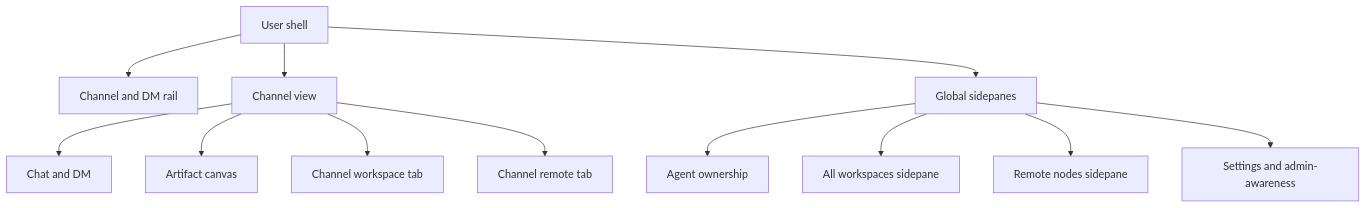
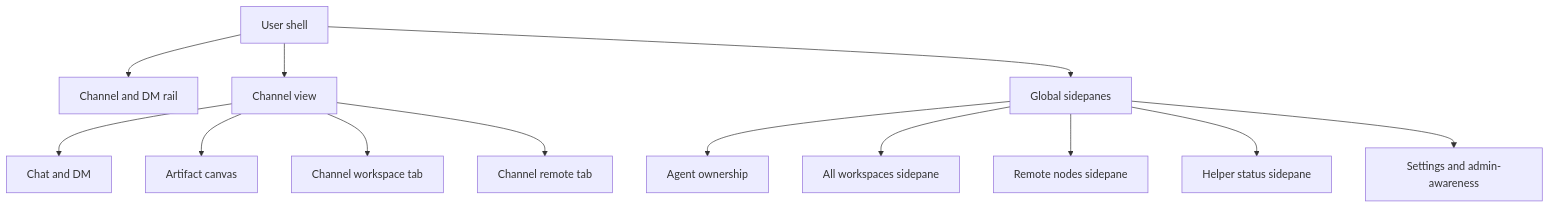
Before and after one commit to codetreker/borgee: the diagram in docs/current/client/feature-surfaces.md, drawn with Mermaid. The commit also changed other lines of this file and 14 other files, not shown here.

Commit message:
feat: add helper status ui

````diff
--- a/docs/current/client/feature-surfaces.md
+++ b/docs/current/client/feature-surfaces.md
@@ -7,27 +7,29 @@
 ```mermaid
 flowchart TB
   Shell[User shell]
   Rail[Channel and DM rail]
   Channel[Channel view]
   Sidepanes[Global sidepanes]
   Chat[Chat and DM]
   Canvas[Artifact canvas]
   ChannelWorkspace[Channel workspace tab]
   AllWorkspaces[All workspaces sidepane]
   ChannelRemote[Channel remote tab]
   RemoteNodes[Remote nodes sidepane]
+  HelperStatus[Helper status sidepane]
   Agents[Agent ownership]
   Settings[Settings and admin-awareness]
 
   Shell --> Rail
   Shell --> Channel
   Shell --> Sidepanes
   Channel --> Chat
   Channel --> Canvas
   Channel --> ChannelWorkspace
   Channel --> ChannelRemote
   Sidepanes --> Agents
   Sidepanes --> AllWorkspaces
   Sidepanes --> RemoteNodes
+  Sidepanes --> HelperStatus
   Sidepanes --> Settings
 ```
````
